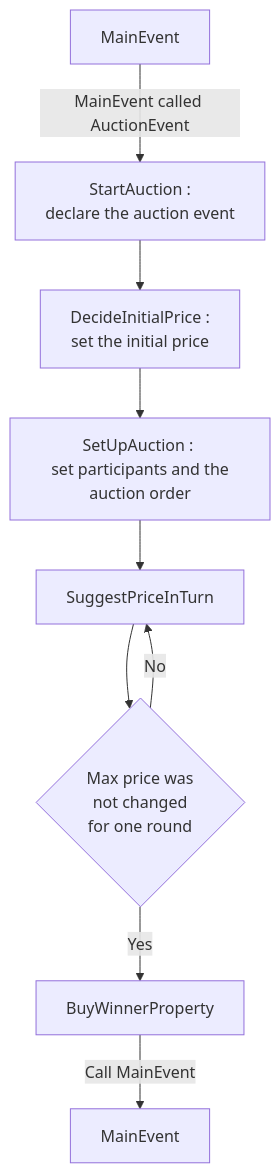
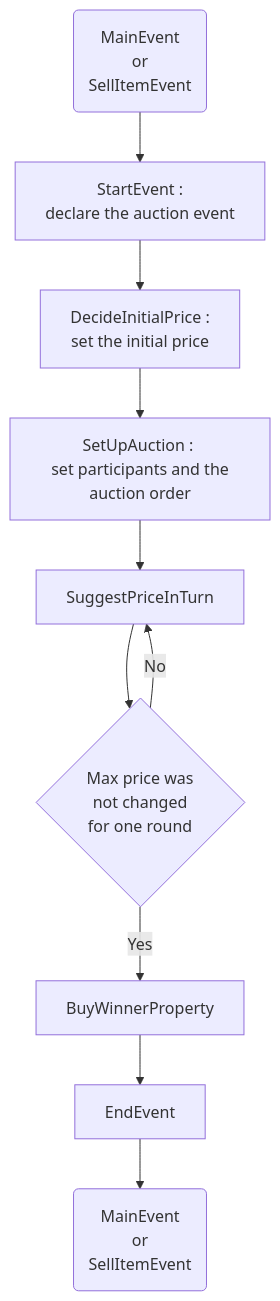
One commit to crimson206/MonopolyWithCSharp changed the diagram in UML/AuctionEventFlowChart.md. Above: the diagram before and after it, drawn with Mermaid. The commit also changed 5 other files, not shown here.

Commit message:
Uml : updated flowcharts (#45)

````diff
--- a/UML/AuctionEventFlowChart.md
+++ b/UML/AuctionEventFlowChart.md
@@ -1,11 +1,12 @@
 ```mermaid
 flowchart TB
-    T[MainEvent] -- MainEvent called AuctionEvent --> A
-    A[StartAuction : \n declare the auction event] --> B[DecideInitialPrice : \n set the initial price]
+    T(MainEvent \n or \n SellItemEvent)  --> A
+    A[StartEvent : \n declare the auction event] --> B[DecideInitialPrice : \n set the initial price]
     B --> C[SetUpAuction : \n set participants and the auction order]
     C --> D[SuggestPriceInTurn]
     D --> E{Max price was \n not changed \n for one round}
     E -- No --> D
     E -- Yes --> F[BuyWinnerProperty]
-    F -- Call MainEvent --> G[MainEvent] 
+    F --> G[EndEvent]
+    G --> H(MainEvent \n or \n SellItemEvent)
 ```
````
